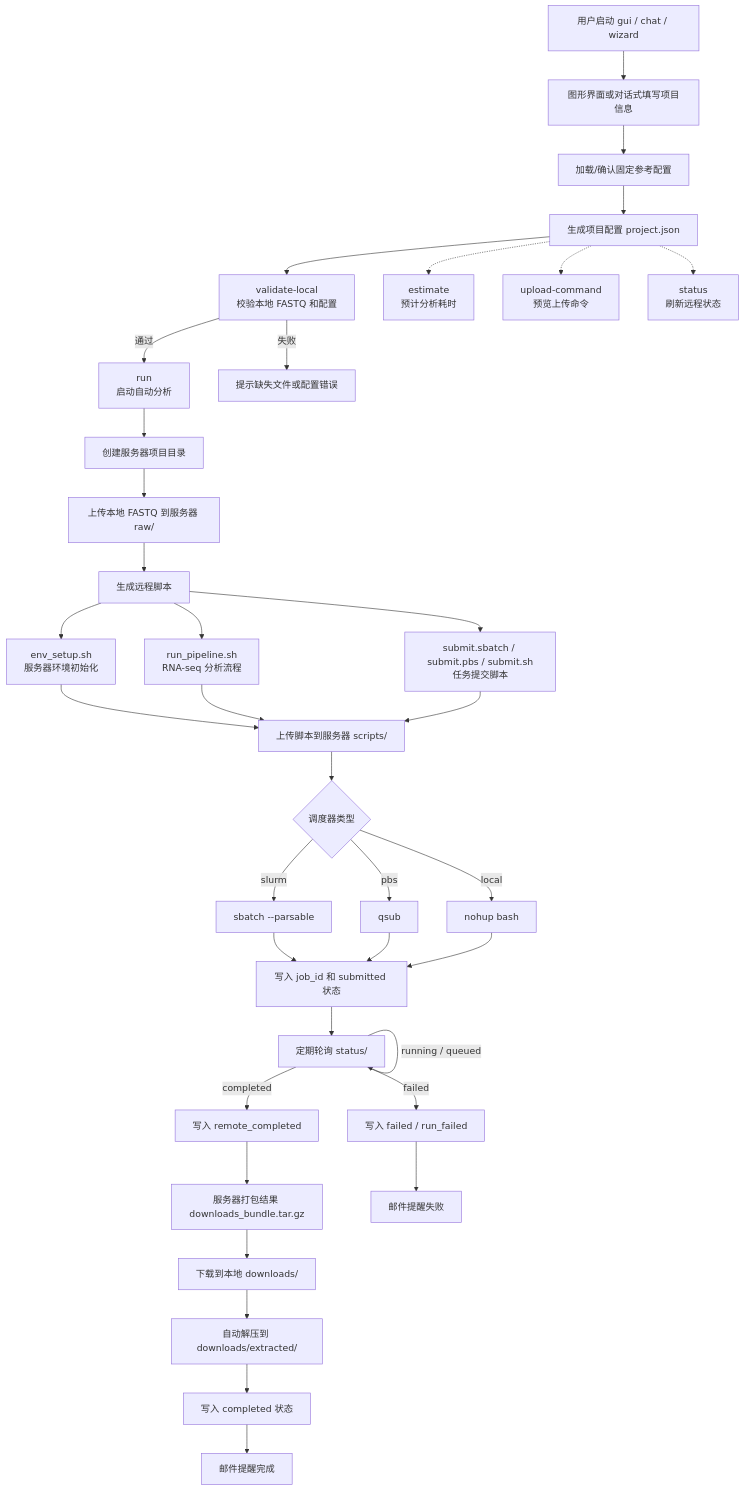
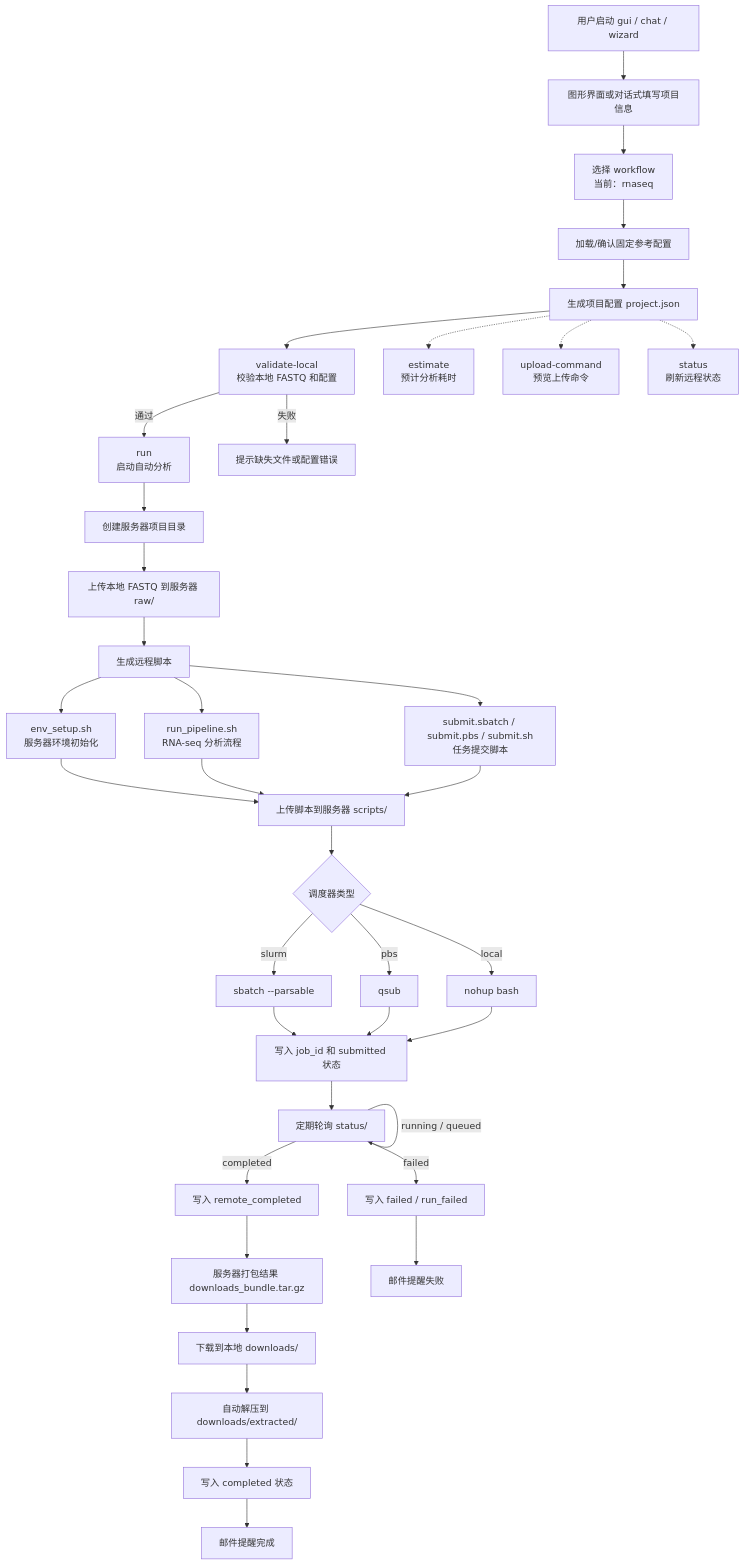
One commit to likelet/SysuccRNAseqAgent changed the first of 3 diagrams in docs/flow.md. Above: the diagram before and after it, drawn with Mermaid. The commit also changed 11 other files, not shown here.

````diff
--- a/docs/flow.md
+++ b/docs/flow.md
@@ -5,48 +5,49 @@
 ```mermaid
 flowchart TD
     A["用户启动 gui / chat / wizard"] --> B["图形界面或对话式填写项目信息"]
-    B --> C["加载/确认固定参考配置"]
-    C --> D["生成项目配置 project.json"]
+    B --> C["选择 workflow<br/>当前：rnaseq"]
+    C --> C1["加载/确认固定参考配置"]
+    C1 --> D["生成项目配置 project.json"]
 
     D --> E["validate-local<br/>校验本地 FASTQ 和配置"]
     E -->|通过| F["run<br/>启动自动分析"]
     E -->|失败| E1["提示缺失文件或配置错误"]
 
     F --> G["创建服务器项目目录"]
     G --> H["上传本地 FASTQ 到服务器 raw/"]
     H --> I["生成远程脚本"]
 
     I --> I1["env_setup.sh<br/>服务器环境初始化"]
     I --> I2["run_pipeline.sh<br/>RNA-seq 分析流程"]
     I --> I3["submit.sbatch / submit.pbs / submit.sh<br/>任务提交脚本"]
 
     I1 --> J["上传脚本到服务器 scripts/"]
     I2 --> J
     I3 --> J
 
     J --> K{"调度器类型"}
     K -->|slurm| K1["sbatch --parsable"]
     K -->|pbs| K2["qsub"]
     K -->|local| K3["nohup bash"]
 
     K1 --> L["写入 job_id 和 submitted 状态"]
     K2 --> L
     K3 --> L
 
     L --> M["定期轮询 status/"]
     M -->|running / queued| M
     M -->|failed| N1["写入 failed / run_failed"]
     M -->|completed| N2["写入 remote_completed"]
 
     N2 --> O["服务器打包结果 downloads_bundle.tar.gz"]
     O --> P["下载到本地 downloads/"]
     P --> Q["自动解压到 downloads/extracted/"]
     Q --> R["写入 completed 状态"]
 
     N1 --> S["邮件提醒失败"]
     R --> T["邮件提醒完成"]
 
     D -.-> U["estimate<br/>预计分析耗时"]
     D -.-> V["upload-command<br/>预览上传命令"]
     D -.-> W["status<br/>刷新远程状态"]
 ```
````
